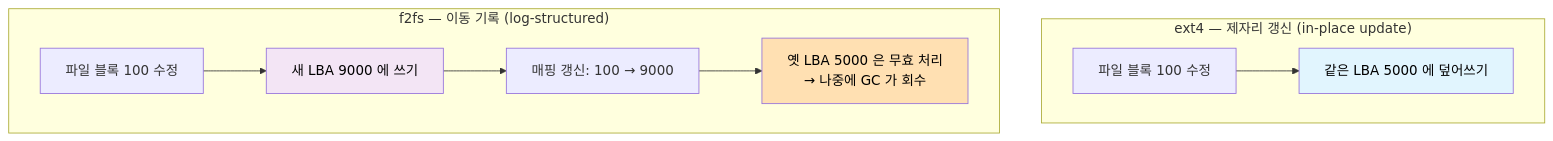
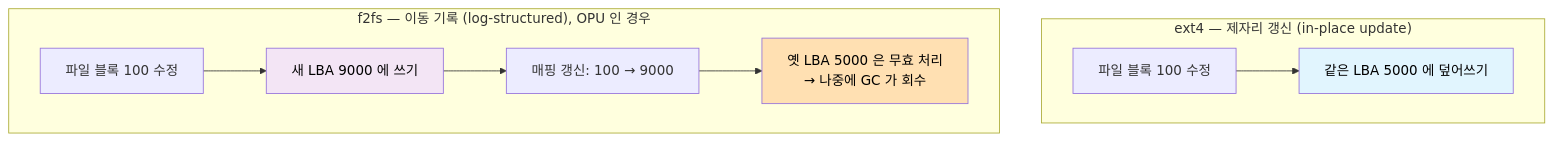
Diagram 14 of 23 in src/content/docs/fsiotrace/io-layers.md (kakaromo/kakaromo.github.io), drawn with Mermaid before and after one commit. The commit also changed other lines of this file, not shown here.

````diff
--- a/src/content/docs/fsiotrace/io-layers.md
+++ b/src/content/docs/fsiotrace/io-layers.md
@@ -470,15 +654,15 @@
 ```mermaid
 flowchart TD
     subgraph E4["ext4 — 제자리 갱신 (in-place update)"]
         A1["파일 블록 100 수정"] --> A2["같은 LBA 5000 에 덮어쓰기"]
     end
-    subgraph F2["f2fs — 이동 기록 (log-structured)"]
+    subgraph F2["f2fs — 이동 기록 (log-structured), OPU 인 경우"]
         B1["파일 블록 100 수정"] --> B2["새 LBA 9000 에 쓰기"]
         B2 --> B3["매핑 갱신: 100 → 9000"]
         B3 --> B4["옛 LBA 5000 은 무효 처리<br/>→ 나중에 GC 가 회수"]
     end
 
     style A2 fill:#e1f5fe,color:#000
     style B2 fill:#f3e5f5,color:#000
     style B4 fill:#ffe0b2,color:#000
 ```
````
